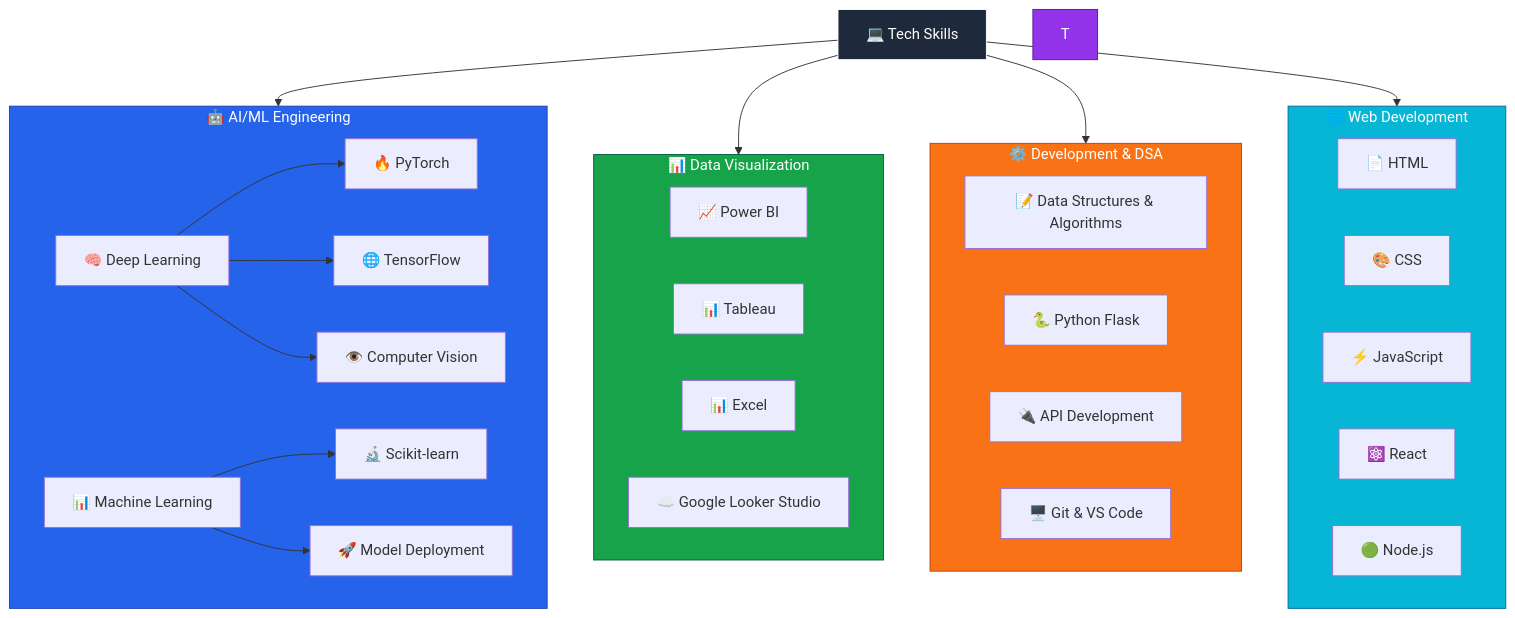
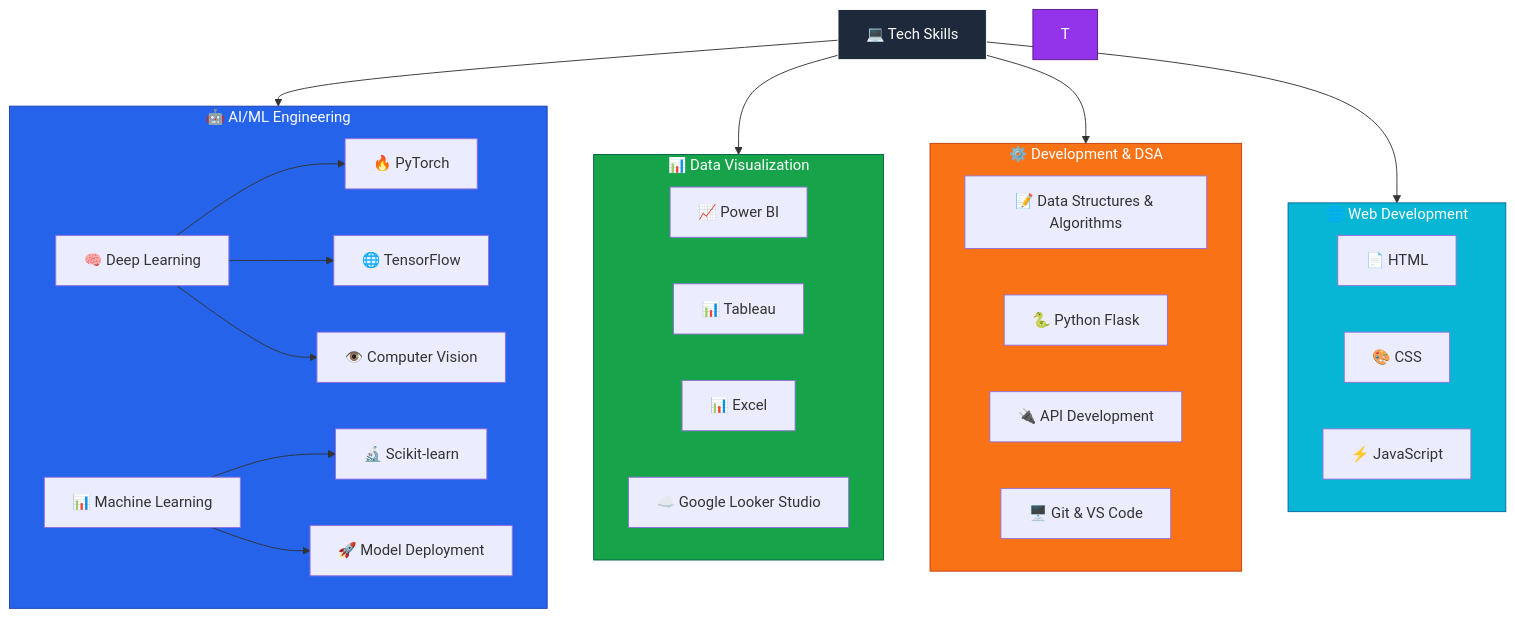
Before and after one commit to MangaKaveri/MangaKaveri: the diagram in README.md, drawn with Mermaid.

Commit message:
README
Removed React and Node.js from web development subgraph.

````diff
--- a/README.md
+++ b/README.md
@@ -84,56 +84,55 @@
 ```mermaid
 flowchart TD
   %% Root
   A[💻 Tech Skills]
 
   %% AI/ML Engineering
   subgraph B[🤖 AI/ML Engineering]
     C[🧠 Deep Learning]
     C --> D[🔥 PyTorch]
     C --> E[🌐 TensorFlow]
     C --> F[👁️ Computer Vision]
 
     G[📊 Machine Learning]
     G --> H[🔬 Scikit-learn]
     G --> I[🚀 Model Deployment]
   end
   A --> B
 
   %% Data Visualization
   subgraph J[📊 Data Visualization]
     K[📈 Power BI]
     L[📊 Tableau]
     M[📊 Excel]
     N[☁️ Google Looker Studio]
   end
   A --> J
 
   %% Development & DSA
   subgraph O[⚙️ Development & DSA]
     P[📝 Data Structures & Algorithms]
     Q[🐍 Python Flask]
     R[🔌 API Development]
     S[🖥️ Git & VS Code]
   end
   A --> O
 
   %% Web Development (UPDATED)
   subgraph W[🌐 Web Development]
     X[📄 HTML]
     Y[🎨 CSS]
     Z[⚡ JavaScript]
-    AA[⚛️ React]
-    AB[🟢 Node.js]
+    
   end
   A --> W
 
   %% --- COLORS ---
   style A fill:#1e293b,stroke:#ffffff,color:#ffffff
 
   style B fill:#2563eb,stroke:#1e40af,color:#ffffff
   style J fill:#16a34a,stroke:#065f46,color:#ffffff
   style O fill:#f97316,stroke:#c2410c,color:#ffffff
   style T fill:#9333ea,stroke:#581c87,color:#ffffff
   style W fill:#06b6d4,stroke:#0369a1,color:#ffffff
 
 ```
````
